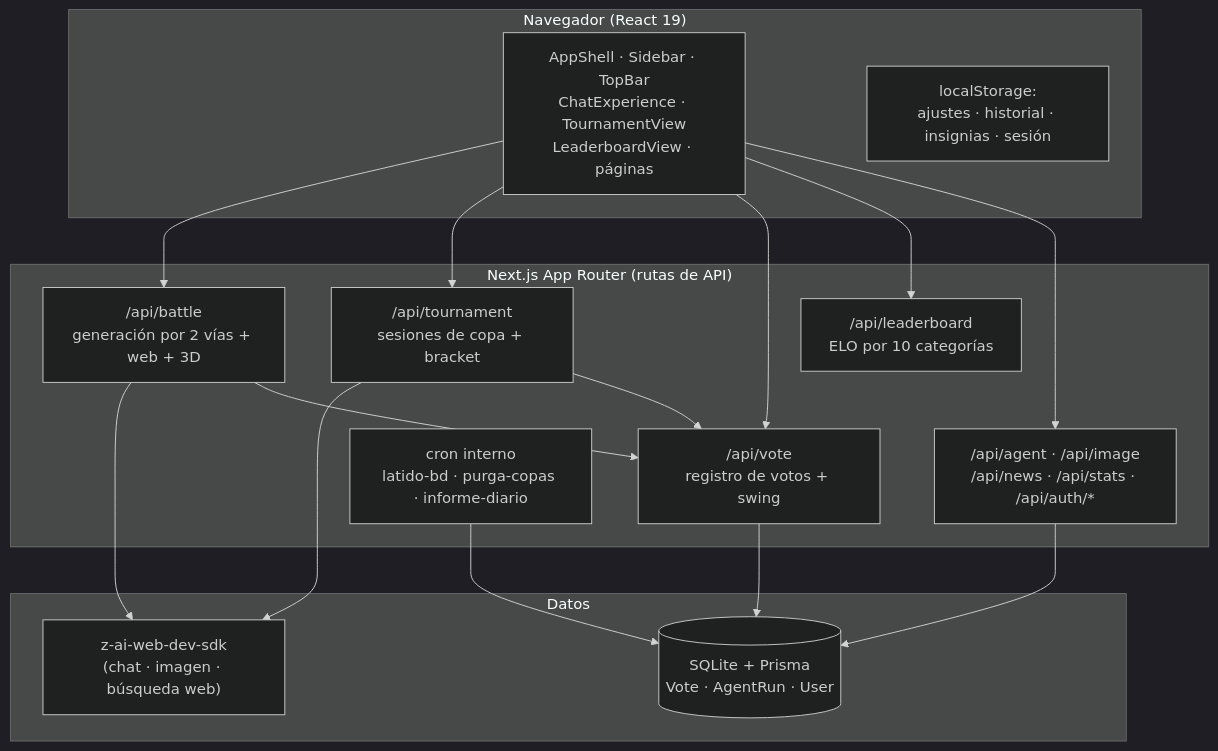
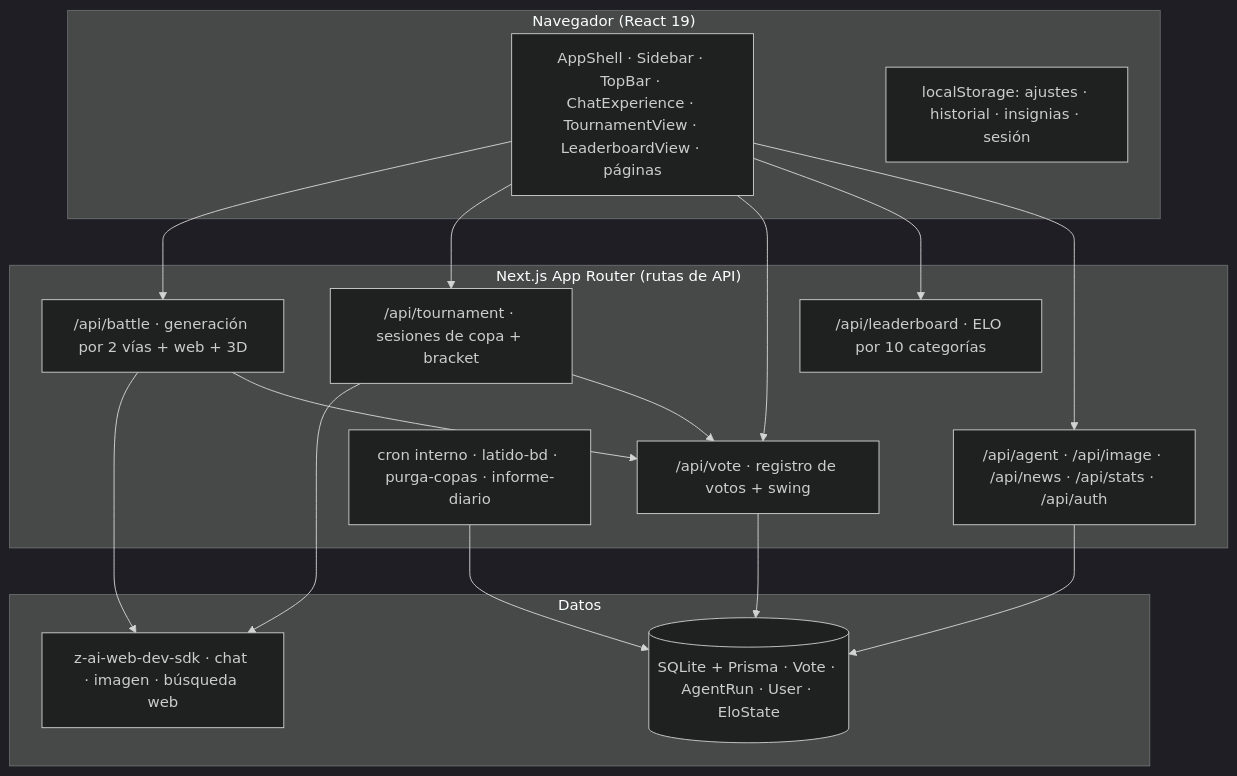
The second of 2 diagrams in README.md (FazeUrru/TODO-LOGO-AI), drawn with Mermaid (dark theme) before and after one commit. The commit also changed other lines of this file and 23 other files, not shown here.

Commit message:
feat: v1.12.0 — Postgres global para ELO, voces de proveedores reales, Salón de la Fama e historial del perfil; fix revelación prematura de copa y mermaid blindado con CI

````diff
--- a/README.md
+++ b/README.md
@@ -398,25 +408,25 @@
 ```mermaid
 flowchart TB
     subgraph Cliente["Navegador (React 19)"]
-        UI["AppShell · Sidebar · TopBar<br/>ChatExperience · TournamentView<br/>LeaderboardView · páginas"]
-        LS["localStorage:<br/>ajustes · historial · insignias · sesión"]
+        UI["AppShell · Sidebar · TopBar · ChatExperience · TournamentView · LeaderboardView · páginas"]
+        LS["localStorage: ajustes · historial · insignias · sesión"]
     end
     subgraph Servidor["Next.js App Router (rutas de API)"]
-        B["/api/battle<br/>generación por 2 vías + web + 3D"]
-        T["/api/tournament<br/>sesiones de copa + bracket"]
-        V["/api/vote<br/>registro de votos + swing"]
-        L["/api/leaderboard<br/>ELO por 10 categorías"]
-        A["/api/agent · /api/image<br/>/api/news · /api/stats · /api/auth/*"]
-        CR["cron interno<br/>latido-bd · purga-copas · informe-diario"]
+        B["/api/battle · generación por 2 vías + web + 3D"]
+        T["/api/tournament · sesiones de copa + bracket"]
+        V["/api/vote · registro de votos + swing"]
+        L["/api/leaderboard · ELO por 10 categorías"]
+        A["/api/agent · /api/image · /api/news · /api/stats · /api/auth"]
+        CR["cron interno · latido-bd · purga-copas · informe-diario"]
     end
     subgraph Datos
-        DB[("SQLite + Prisma<br/>Vote · AgentRun · User")]
-        SDK["z-ai-web-dev-sdk<br/>(chat · imagen · búsqueda web)"]
+        DB[("SQLite + Prisma · Vote · AgentRun · User · EloState")]
+        SDK["z-ai-web-dev-sdk · chat · imagen · búsqueda web"]
     end
     UI --> B & T & V & L & A
     B & T --> SDK
     V & A --> DB
     B --> V
     T --> V
     CR --> DB
 ```
````
